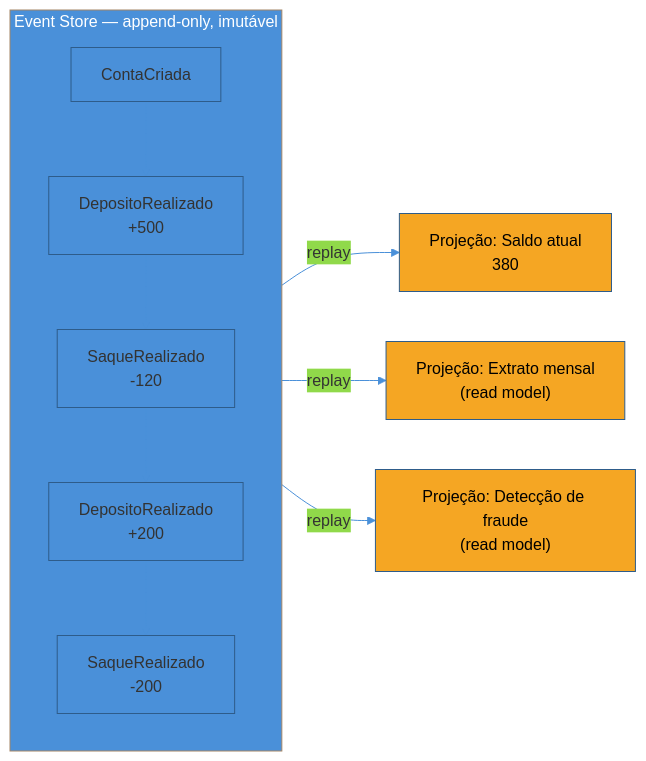
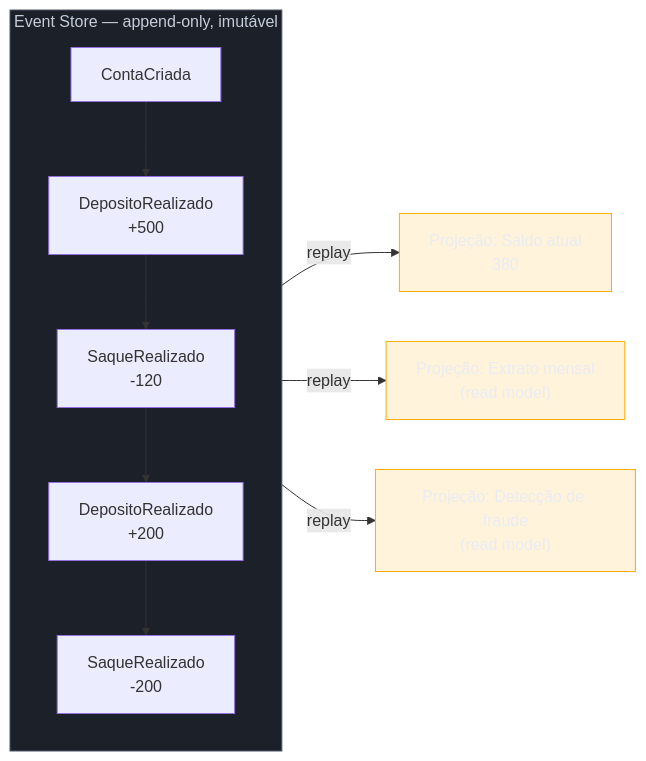
Before and after one commit to josenaldo/codex-technomanticus: the first of 4 diagrams in 03-Dominios/Engenharia/Arquitetura/System Design/3 - Padrões recorrentes/03 - Event Sourcing sob a ótica de system design.md, drawn with Mermaid. The commit also changed other lines of this file and 1181 other files, not shown here.

First line of the commit message:
fix(diagramas): paleta do sistema no lugar de cor cravada no markdown

````diff
--- a/03-Dominios/Engenharia/Arquitetura/System Design/3 - Padrões recorrentes/03 - Event Sourcing sob a ótica de system design.md
+++ b/03-Dominios/Engenharia/Arquitetura/System Design/3 - Padrões recorrentes/03 - Event Sourcing sob a ótica de system design.md
@@ -61,18 +61,19 @@
 ```mermaid
-%%{init: {"theme": "base", "themeVariables": {"primaryColor": "#4A90D9", "primaryBorderColor": "#2E5C8A", "lineColor": "#4A90D9"}}}%%
 graph LR
+    classDef neutro fill:#1B2029,stroke:#4E5666,color:#C6CCD8
+    classDef destaque fill:#FFAA0024,stroke:#FFAA00,color:#E9ECF2
     subgraph LOG["Event Store — append-only, imutável"]
         E1["ContaCriada"] --> E2["DepositoRealizado<br/>+500"]
         E2 --> E3["SaqueRealizado<br/>-120"]
         E3 --> E4["DepositoRealizado<br/>+200"]
         E4 --> E5["SaqueRealizado<br/>-200"]
     end
     LOG -->|"replay"| P1["Projeção: Saldo atual<br/>380"]
     LOG -->|"replay"| P2["Projeção: Extrato mensal<br/>(read model)"]
     LOG -->|"replay"| P3["Projeção: Detecção de fraude<br/>(read model)"]
 
-    style LOG fill:#4A90D9,color:#fff
-    style P1 fill:#F5A623,color:#000
-    style P2 fill:#F5A623,color:#000
-    style P3 fill:#F5A623,color:#000
+    class LOG neutro
+    class P1 destaque
+    class P2 destaque
+    class P3 destaque
 ```
````
